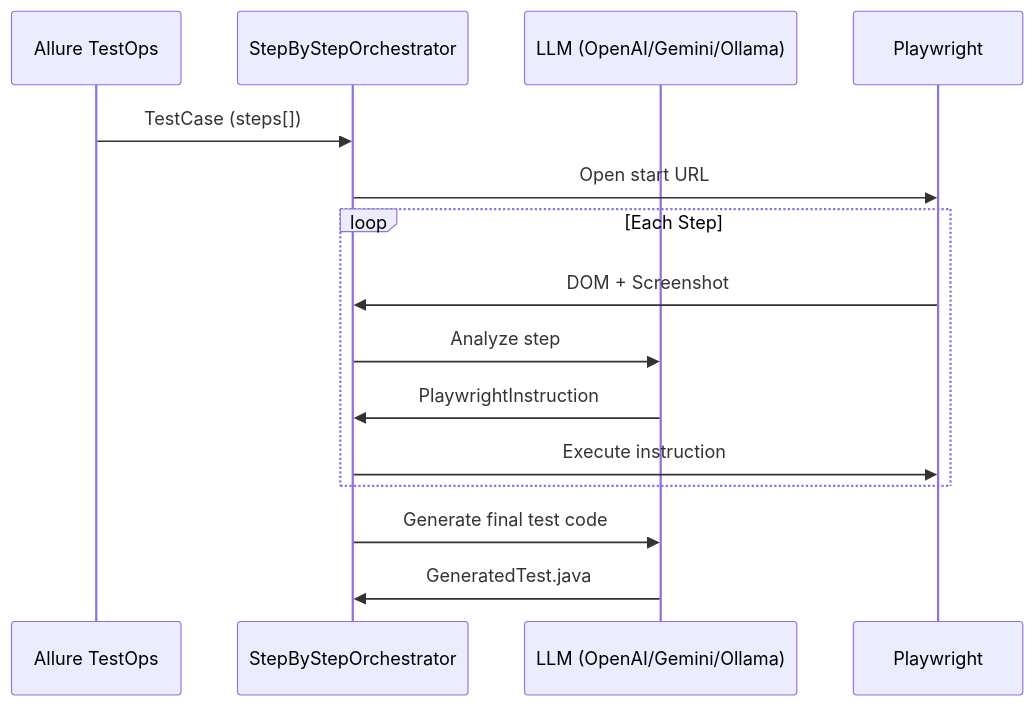
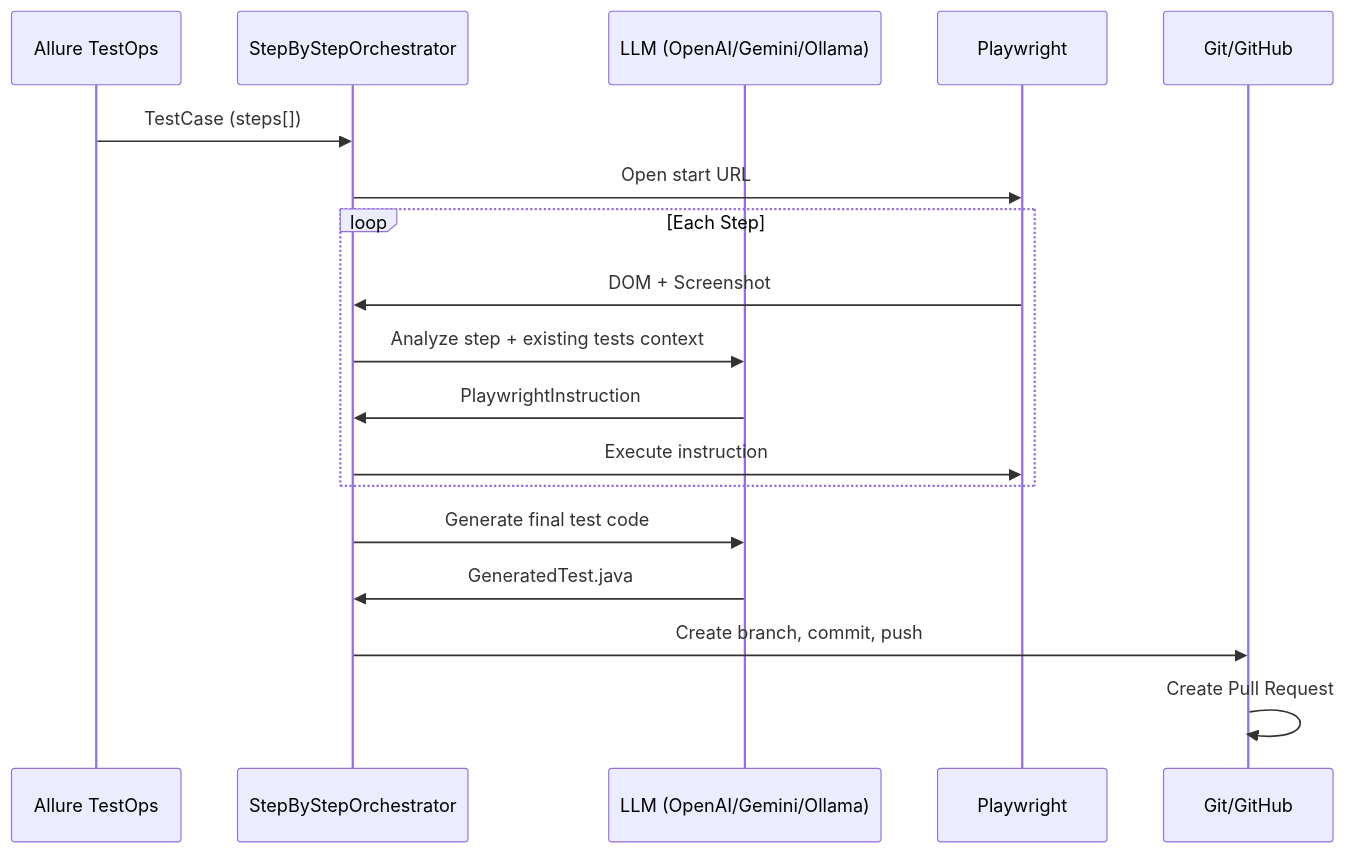
One commit to alstafeev/java-llm-test-agent changed the diagram in README.md. Above: the diagram before and after it, drawn with Mermaid. The commit also changed other lines of this file and 8 other files, not shown here.

Commit message:
Introduce GitHub and Git services for repository management and PR operations. Add contextual test generation using existing tests.

````diff
--- a/README.md
+++ b/README.md
@@ -28,20 +30,23 @@
 ```mermaid
 sequenceDiagram
     participant TMS as Allure TestOps
     participant Agent as StepByStepOrchestrator
     participant LLM as LLM (OpenAI/Gemini/Ollama)
     participant Browser as Playwright
+    participant Git as Git/GitHub
     
     TMS->>Agent: TestCase (steps[])
     Agent->>Browser: Open start URL
     
     loop Each Step
         Browser->>Agent: DOM + Screenshot
-        Agent->>LLM: Analyze step
+        Agent->>LLM: Analyze step + existing tests context
         LLM->>Agent: PlaywrightInstruction
         Agent->>Browser: Execute instruction
     end
     
     Agent->>LLM: Generate final test code
     LLM->>Agent: GeneratedTest.java
+    Agent->>Git: Create branch, commit, push
+    Git->>Git: Create Pull Request
 ```
````
